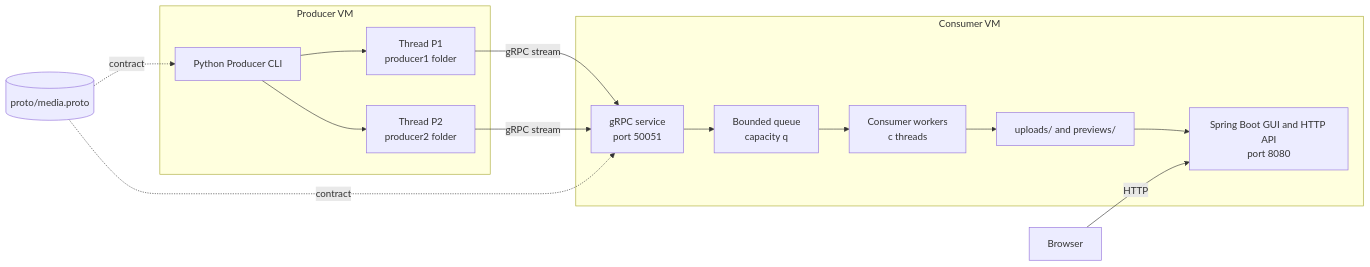
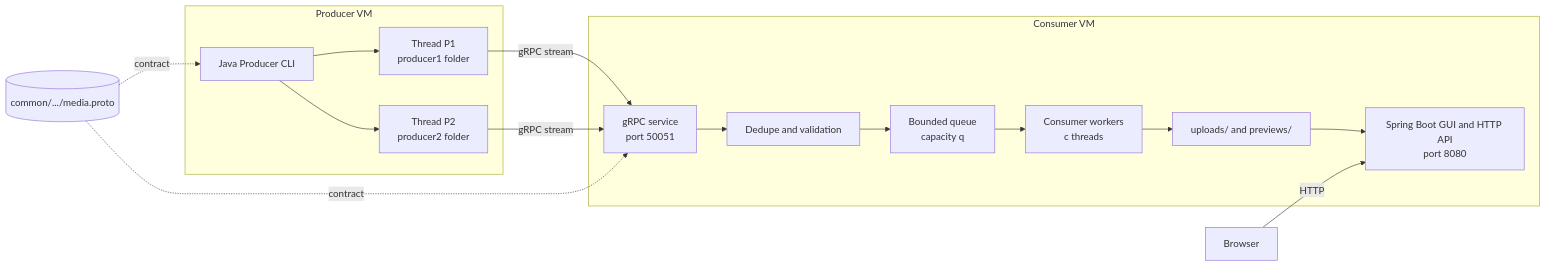
Before and after one commit to prantinin/stdiscm-p03: the diagram in README.md, drawn with Mermaid. The commit also changed other lines of this file, not shown here.

````diff
--- a/README.md
+++ b/README.md
@@ -17,25 +26,26 @@
 ```mermaid
 flowchart LR
     subgraph VM_A[Producer VM]
-        P[Python Producer CLI]
+        P[Java Producer CLI]
         T1[Thread P1\nproducer1 folder]
         T2[Thread P2\nproducer2 folder]
         P --> T1
         P --> T2
     end
 
     subgraph VM_B[Consumer VM]
         G[gRPC service\nport 50051]
+        D[Dedupe and validation]
         Q[Bounded queue\ncapacity q]
         W[Consumer workers\nc threads]
         S[uploads/ and previews/]
         H[Spring Boot GUI and HTTP API\nport 8080]
-        G --> Q --> W --> S --> H
+        G --> D --> Q --> W --> S --> H
     end
 
     T1 -->|gRPC stream| G
     T2 -->|gRPC stream| G
     B[Browser] -->|HTTP| H
-    Proto[(proto/media.proto)] -. contract .-> P
+    Proto[(common/.../media.proto)] -. contract .-> P
     Proto -. contract .-> G
 ```
````
